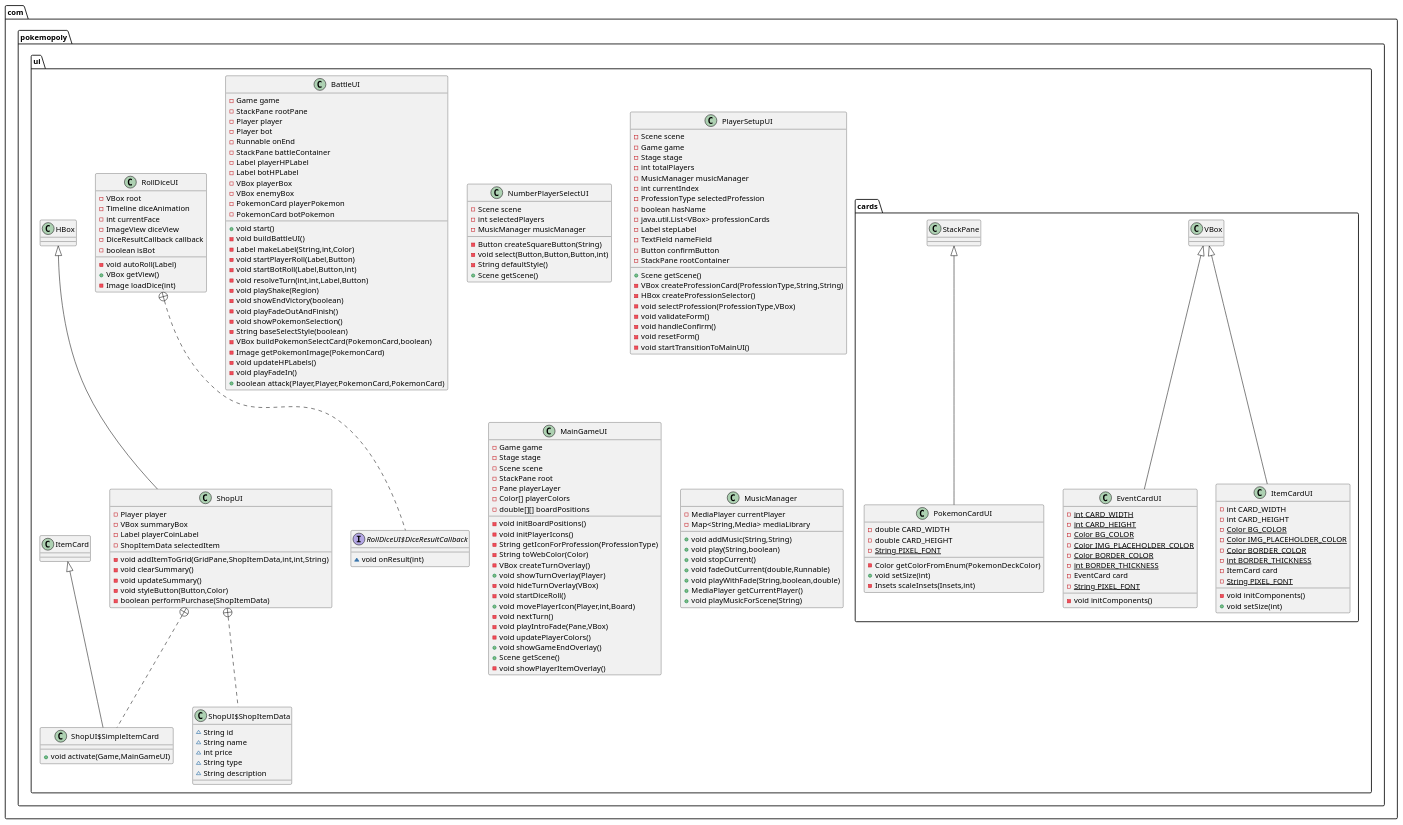
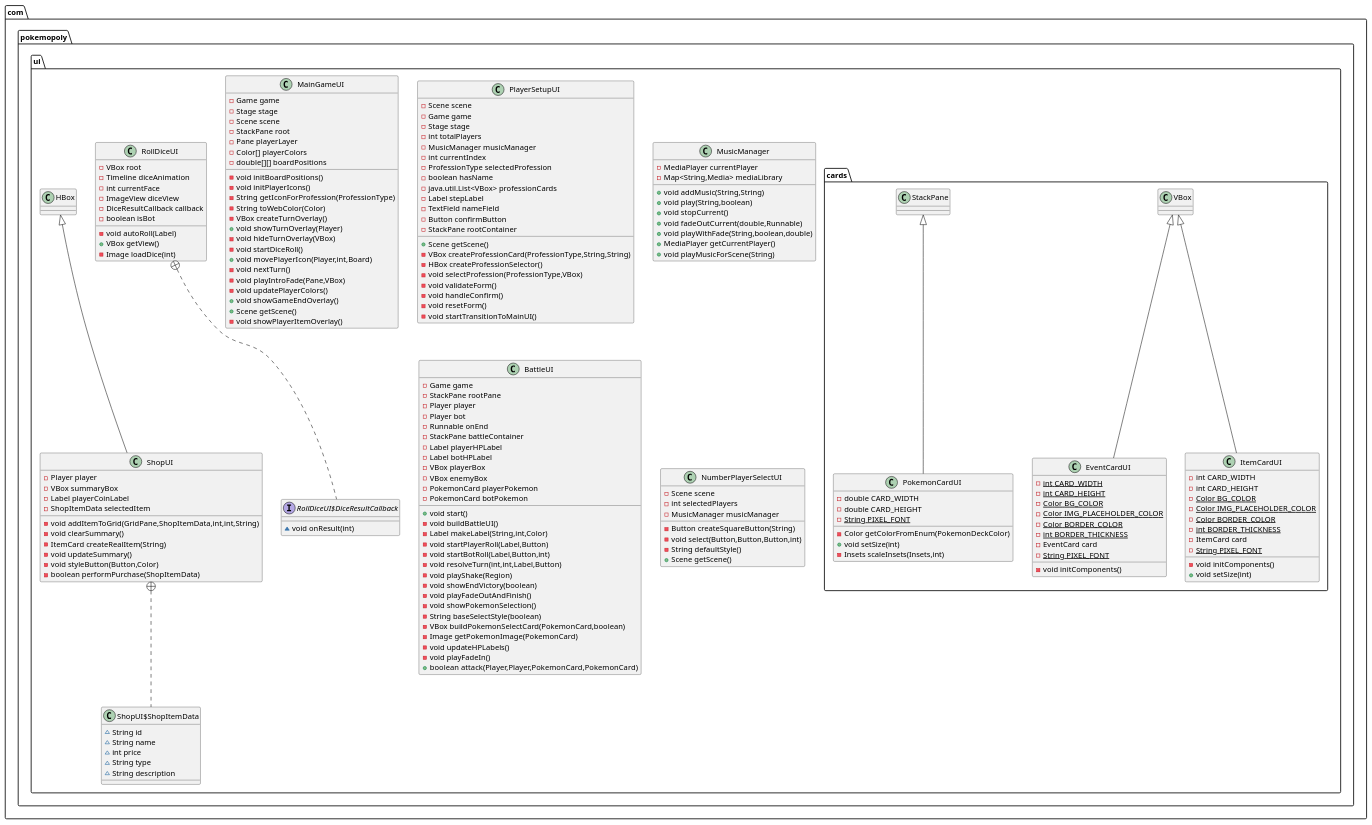
The diagram in uml/UIUML.puml (NatSilprasert/Pokemopoly), drawn with PlantUML before and after one commit. The commit also changed 4 other files, not shown here.

```diff
--- a/uml/UIUML.puml
+++ b/uml/UIUML.puml
@@ -1,198 +1,193 @@
 @startuml
-class com.pokemopoly.ui.ShopUI {
-- Player player
-- VBox summaryBox
-- Label playerCoinLabel
-- ShopItemData selectedItem
-- void addItemToGrid(GridPane,ShopItemData,int,int,String)
-- void clearSummary()
-- void updateSummary()
-- void styleButton(Button,Color)
-- boolean performPurchase(ShopItemData)
-}
-
-
-class com.pokemopoly.ui.ShopUI$ShopItemData {
-~ String id
-~ String name
-~ int price
-~ String type
-~ String description
-}
-
-class com.pokemopoly.ui.ShopUI$SimpleItemCard {
-+ void activate(Game,MainGameUI)
-}
-
 class com.pokemopoly.ui.RollDiceUI {
 - VBox root
 - Timeline diceAnimation
 - int currentFace
 - ImageView diceView
 - DiceResultCallback callback
 - boolean isBot
 - void autoRoll(Label)
 + VBox getView()
 - Image loadDice(int)
 }
 
 
 interface com.pokemopoly.ui.RollDiceUI$DiceResultCallback {
 ~ void onResult(int)
 }
+
+class com.pokemopoly.ui.MainGameUI {
+- Game game
+- Stage stage
+- Scene scene
+- StackPane root
+- Pane playerLayer
+- Color[] playerColors
+- double[][] boardPositions
+- void initBoardPositions()
+- void initPlayerIcons()
+- String getIconForProfession(ProfessionType)
+- String toWebColor(Color)
+- VBox createTurnOverlay()
++ void showTurnOverlay(Player)
+- void hideTurnOverlay(VBox)
+- void startDiceRoll()
++ void movePlayerIcon(Player,int,Board)
+- void nextTurn()
+- void playIntroFade(Pane,VBox)
+- void updatePlayerColors()
++ void showGameEndOverlay()
++ Scene getScene()
+- void showPlayerItemOverlay()
+}
+
+
+class com.pokemopoly.ui.PlayerSetupUI {
+- Scene scene
+- Game game
+- Stage stage
+- int totalPlayers
+- MusicManager musicManager
+- int currentIndex
+- ProfessionType selectedProfession
+- boolean hasName
+- java.util.List<VBox> professionCards
+- Label stepLabel
+- TextField nameField
+- Button confirmButton
+- StackPane rootContainer
++ Scene getScene()
+- VBox createProfessionCard(ProfessionType,String,String)
+- HBox createProfessionSelector()
+- void selectProfession(ProfessionType,VBox)
+- void validateForm()
+- void handleConfirm()
+- void resetForm()
+- void startTransitionToMainUI()
+}
+
+
+class com.pokemopoly.ui.MusicManager {
+- MediaPlayer currentPlayer
+- Map<String,Media> mediaLibrary
++ void addMusic(String,String)
++ void play(String,boolean)
++ void stopCurrent()
++ void fadeOutCurrent(double,Runnable)
++ void playWithFade(String,boolean,double)
++ MediaPlayer getCurrentPlayer()
++ void playMusicForScene(String)
+}
+
 
 class com.pokemopoly.ui.BattleUI {
 - Game game
 - StackPane rootPane
 - Player player
 - Player bot
 - Runnable onEnd
 - StackPane battleContainer
 - Label playerHPLabel
 - Label botHPLabel
 - VBox playerBox
 - VBox enemyBox
 - PokemonCard playerPokemon
 - PokemonCard botPokemon
 + void start()
 - void buildBattleUI()
 - Label makeLabel(String,int,Color)
 - void startPlayerRoll(Label,Button)
 - void startBotRoll(Label,Button,int)
 - void resolveTurn(int,int,Label,Button)
 - void playShake(Region)
 - void showEndVictory(boolean)
 - void playFadeOutAndFinish()
 - void showPokemonSelection()
 - String baseSelectStyle(boolean)
 - VBox buildPokemonSelectCard(PokemonCard,boolean)
 - Image getPokemonImage(PokemonCard)
 - void updateHPLabels()
 - void playFadeIn()
 + boolean attack(Player,Player,PokemonCard,PokemonCard)
 }
 
+
+class com.pokemopoly.ui.ShopUI {
+- Player player
+- VBox summaryBox
+- Label playerCoinLabel
+- ShopItemData selectedItem
+- void addItemToGrid(GridPane,ShopItemData,int,int,String)
+- void clearSummary()
+- ItemCard createRealItem(String)
+- void updateSummary()
+- void styleButton(Button,Color)
+- boolean performPurchase(ShopItemData)
+}
+
+
+class com.pokemopoly.ui.ShopUI$ShopItemData {
+~ String id
+~ String name
+~ int price
+~ String type
+~ String description
+}
 
 class com.pokemopoly.ui.cards.EventCardUI {
 - {static} int CARD_WIDTH
 - {static} int CARD_HEIGHT
 - {static} Color BG_COLOR
 - {static} Color IMG_PLACEHOLDER_COLOR
 - {static} Color BORDER_COLOR
 - {static} int BORDER_THICKNESS
 - EventCard card
 - {static} String PIXEL_FONT
 - void initComponents()
 }
 
 
 class com.pokemopoly.ui.NumberPlayerSelectUI {
 - Scene scene
 - int selectedPlayers
 - MusicManager musicManager
 - Button createSquareButton(String)
 - void select(Button,Button,Button,int)
 - String defaultStyle()
 + Scene getScene()
 }
 
 
 class com.pokemopoly.ui.cards.PokemonCardUI {
 - double CARD_WIDTH
 - double CARD_HEIGHT
 - {static} String PIXEL_FONT
 - Color getColorFromEnum(PokemonDeckColor)
 + void setSize(int)
 - Insets scaleInsets(Insets,int)
 }
 
 
-class com.pokemopoly.ui.PlayerSetupUI {
-- Scene scene
-- Game game
-- Stage stage
-- int totalPlayers
-- MusicManager musicManager
-- int currentIndex
-- ProfessionType selectedProfession
-- boolean hasName
-- java.util.List<VBox> professionCards
-- Label stepLabel
-- TextField nameField
-- Button confirmButton
-- StackPane rootContainer
-+ Scene getScene()
-- VBox createProfessionCard(ProfessionType,String,String)
-- HBox createProfessionSelector()
-- void selectProfession(ProfessionType,VBox)
-- void validateForm()
-- void handleConfirm()
-- void resetForm()
-- void startTransitionToMainUI()
-}
-
-
-class com.pokemopoly.ui.MainGameUI {
-- Game game
-- Stage stage
-- Scene scene
-- StackPane root
-- Pane playerLayer
-- Color[] playerColors
-- double[][] boardPositions
-- void initBoardPositions()
-- void initPlayerIcons()
-- String getIconForProfession(ProfessionType)
-- String toWebColor(Color)
-- VBox createTurnOverlay()
-+ void showTurnOverlay(Player)
-- void hideTurnOverlay(VBox)
-- void startDiceRoll()
-+ void movePlayerIcon(Player,int,Board)
-- void nextTurn()
-- void playIntroFade(Pane,VBox)
-- void updatePlayerColors()
-+ void showGameEndOverlay()
-+ Scene getScene()
-- void showPlayerItemOverlay()
-}
-
-
 class com.pokemopoly.ui.cards.ItemCardUI {
 - int CARD_WIDTH
 - int CARD_HEIGHT
 - {static} Color BG_COLOR
 - {static} Color IMG_PLACEHOLDER_COLOR
 - {static} Color BORDER_COLOR
 - {static} int BORDER_THICKNESS
 - ItemCard card
 - {static} String PIXEL_FONT
 - void initComponents()
 + void setSize(int)
 }
 
 
-class com.pokemopoly.ui.MusicManager {
-- MediaPlayer currentPlayer
-- Map<String,Media> mediaLibrary
-+ void addMusic(String,String)
-+ void play(String,boolean)
-+ void stopCurrent()
-+ void fadeOutCurrent(double,Runnable)
-+ void playWithFade(String,boolean,double)
-+ MediaPlayer getCurrentPlayer()
-+ void playMusicForScene(String)
-}
 
 
-
-
+com.pokemopoly.ui.RollDiceUI +.. com.pokemopoly.ui.RollDiceUI$DiceResultCallback
 com.pokemopoly.ui.HBox <|-- com.pokemopoly.ui.ShopUI
 com.pokemopoly.ui.ShopUI +.. com.pokemopoly.ui.ShopUI$ShopItemData
-com.pokemopoly.ui.ShopUI +.. com.pokemopoly.ui.ShopUI$SimpleItemCard
-com.pokemopoly.ui.ItemCard <|-- com.pokemopoly.ui.ShopUI$SimpleItemCard
-com.pokemopoly.ui.RollDiceUI +.. com.pokemopoly.ui.RollDiceUI$DiceResultCallback
 com.pokemopoly.ui.cards.VBox <|-- com.pokemopoly.ui.cards.EventCardUI
 com.pokemopoly.ui.cards.StackPane <|-- com.pokemopoly.ui.cards.PokemonCardUI
 com.pokemopoly.ui.cards.VBox <|-- com.pokemopoly.ui.cards.ItemCardUI
 @enduml
```
